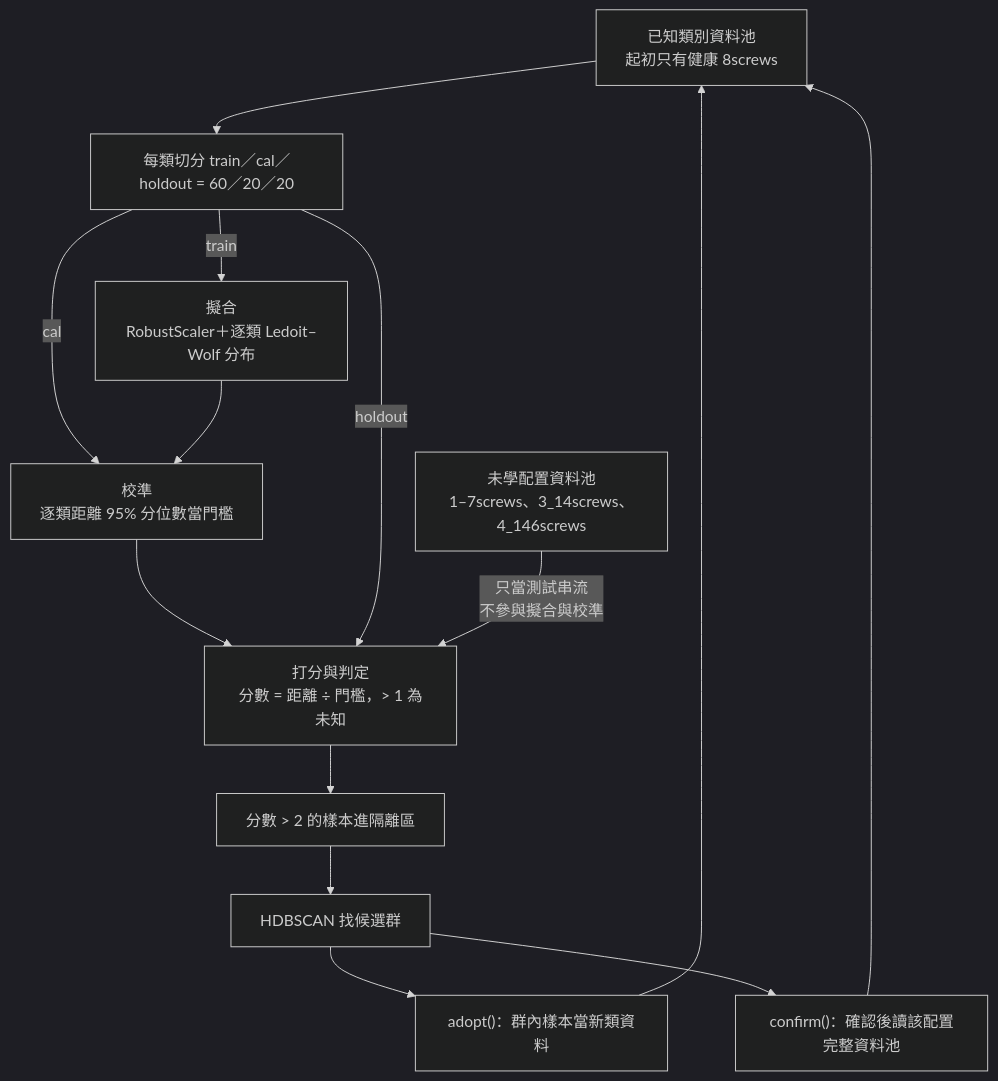
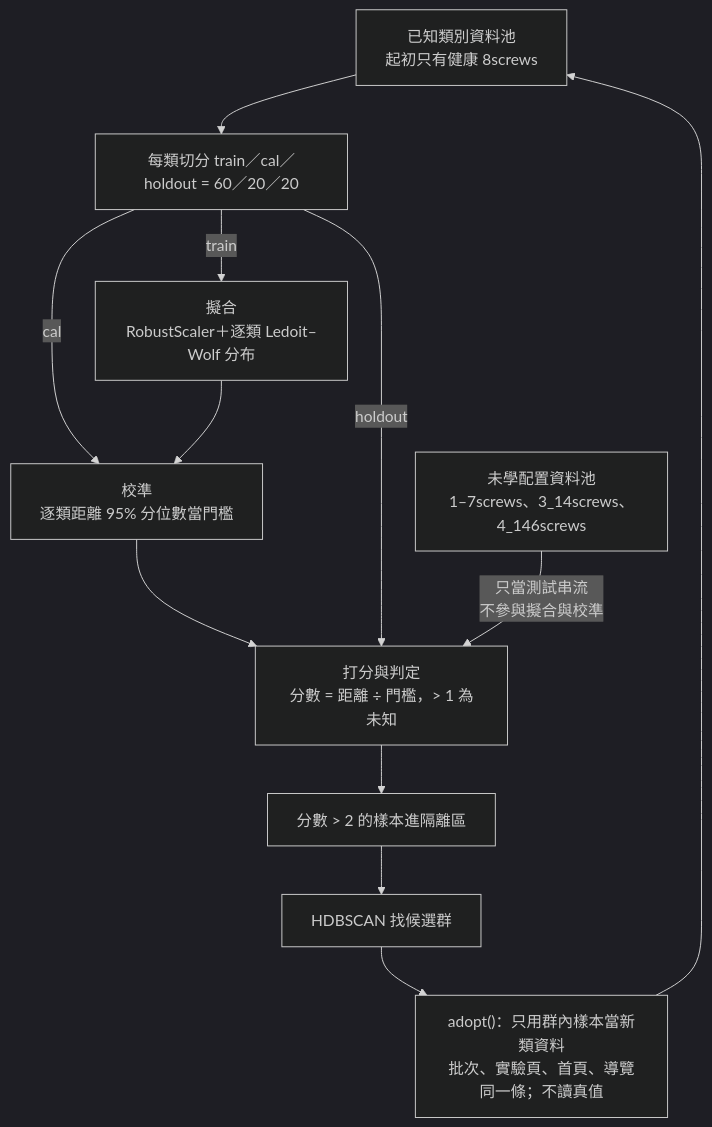
The diagram in docs/FinalReport/figures/src/fig3-1_資料角色架構.mmd (Drone-Motors-Unknown-Faults-Detection/Capstone-Project), drawn with Mermaid (dark theme) before and after one commit. The commit also changed 5 other files, not shown here.

First line of the commit message:
文件(圖)：圖1.1、圖3.1 與 exp13 研究流程圖改畫單一 adopt() 路徑，重新輸出圖檔

```diff
--- a/docs/FinalReport/figures/src/fig3-1_資料角色架構.mmd
+++ b/docs/FinalReport/figures/src/fig3-1_資料角色架構.mmd
@@ -1,15 +1,13 @@
 flowchart TD
   K["已知類別資料池<br/>起初只有健康 8screws"] --> SP["每類切分 train／cal／holdout = 60／20／20"]
   U["未學配置資料池<br/>1–7screws、3_14screws、4_146screws"]
   SP -- train --> M1["擬合<br/>RobustScaler＋逐類 Ledoit–Wolf 分布"]
   SP -- cal --> M2["校準<br/>逐類距離 95% 分位數當門檻"]
   M1 --> M2
   M2 --> S["打分與判定<br/>分數 = 距離 ÷ 門檻，> 1 為未知"]
   SP -- holdout --> S
   U -- "只當測試串流<br/>不參與擬合與校準" --> S
   S --> QZ["分數 > 2 的樣本進隔離區"]
   QZ --> HD["HDBSCAN 找候選群"]
-  HD --> A1["adopt()：群內樣本當新類資料"]
-  HD --> A2["confirm()：確認後讀該配置完整資料池"]
+  HD --> A1["adopt()：只用群內樣本當新類資料<br/>批次、實驗頁、首頁、導覽同一條；不讀真值"]
   A1 --> K
-  A2 --> K
```
